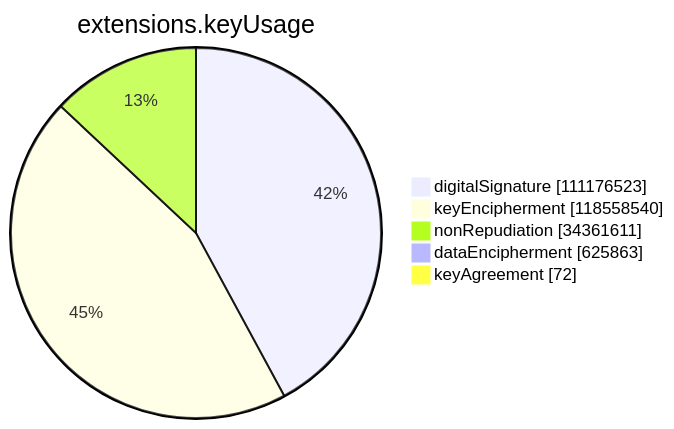
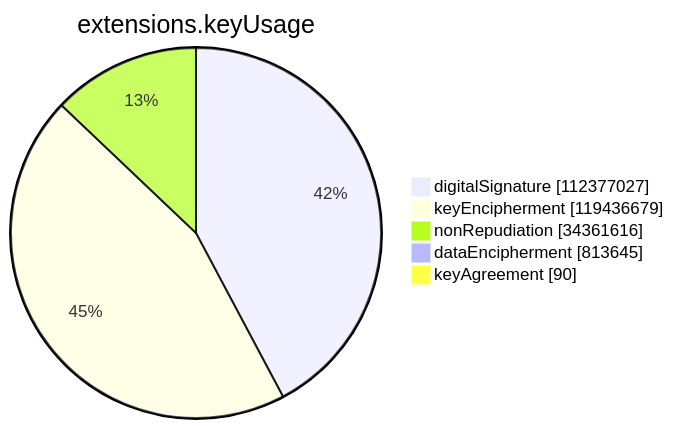
One commit to christiankrug/ctmonitor_visualization changed the sixth of 15 diagrams in argon2023/README.md. Above: the diagram before and after it, drawn with Mermaid. The commit also changed other lines of this file, not shown here.

````diff
--- a/argon2023/README.md
+++ b/argon2023/README.md
@@ -2141,9 +2146,9 @@
 ```mermaid
 pie showData
 title extensions.keyUsage
-"digitalSignature" :111176523
-"keyEncipherment" :118558540
-"nonRepudiation" :34361611
-"dataEncipherment" :625863
-"keyAgreement" :72
+"digitalSignature" :112377027
+"keyEncipherment" :119436679
+"nonRepudiation" :34361616
+"dataEncipherment" :813645
+"keyAgreement" :90
 ```
````
